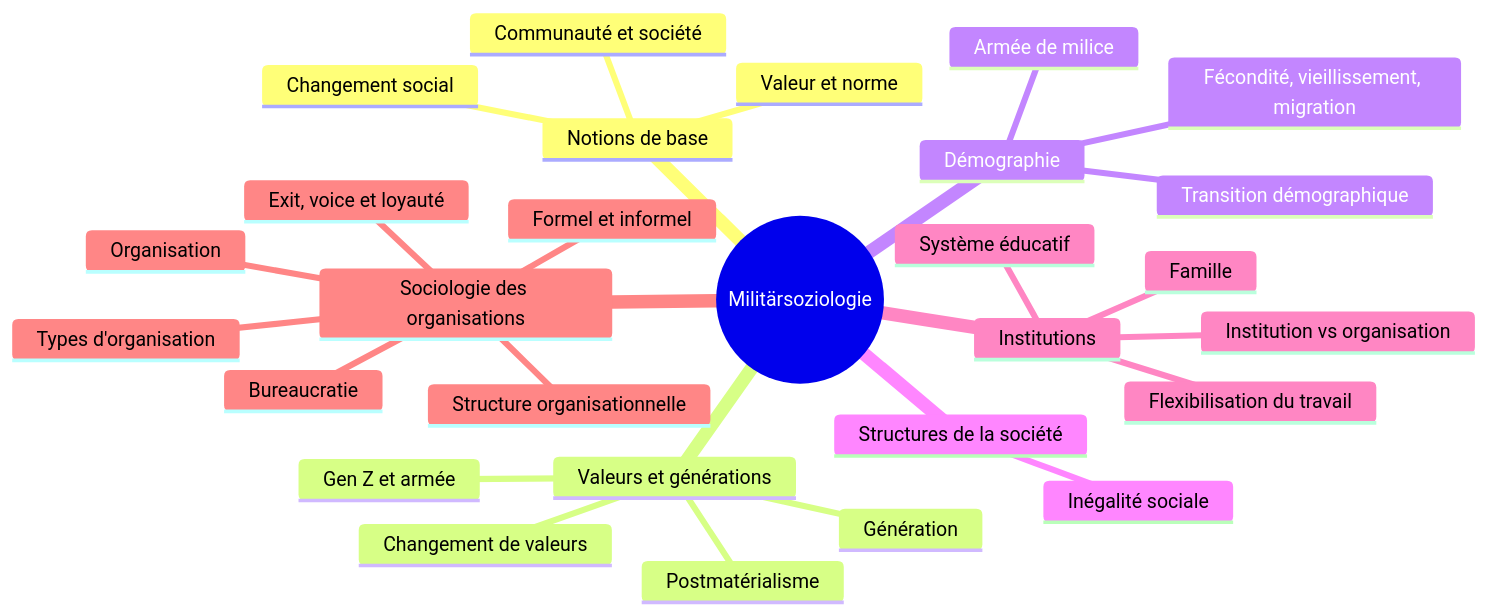
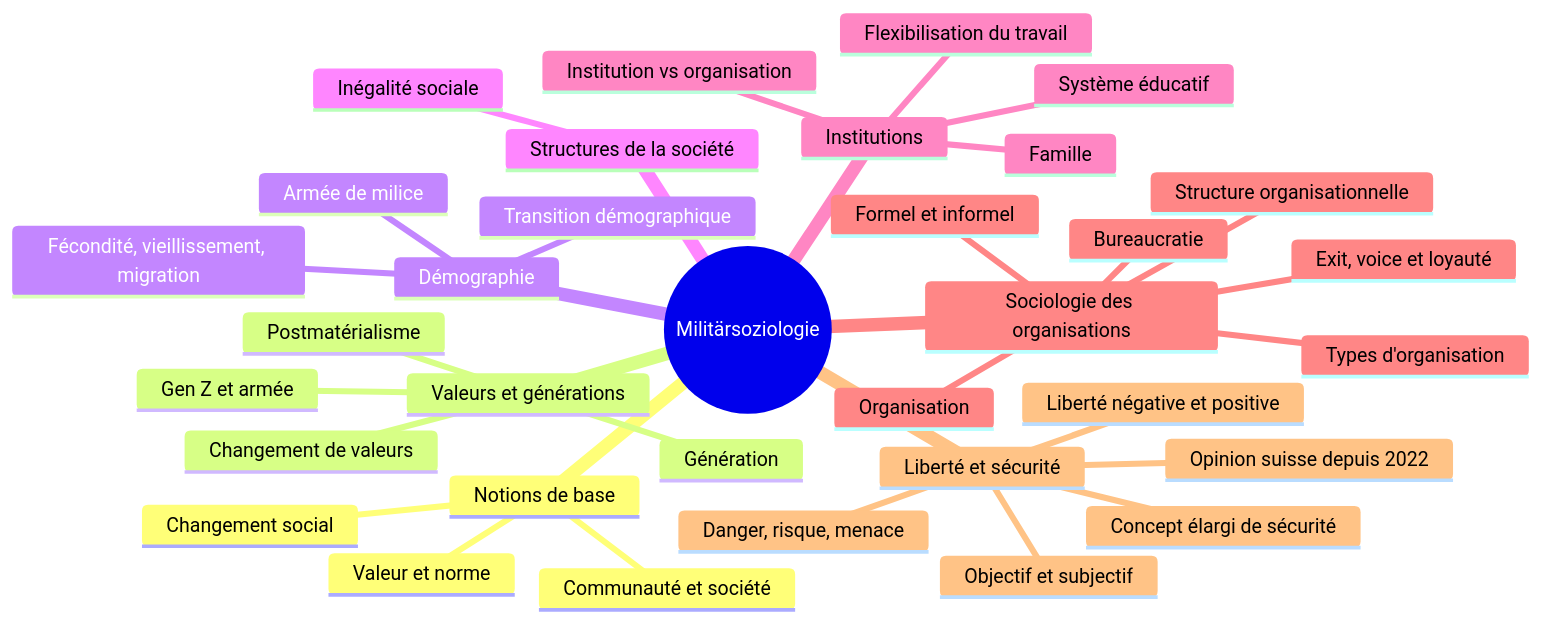
The diagram in NEXUS/09-Learning/Course-Maps/HS26 - Militärsoziologie.md (aidraxowl/NEXUS), drawn with Mermaid before and after one commit. The commit also changed other lines of this file and 45 other files, not shown here.

````diff
--- a/NEXUS/09-Learning/Course-Maps/HS26 - Militärsoziologie.md
+++ b/NEXUS/09-Learning/Course-Maps/HS26 - Militärsoziologie.md
@@ -21,31 +21,37 @@
 ```mermaid
 mindmap
   root((Militärsoziologie))
     Notions de base
       Valeur et norme
       Changement social
       Communauté et société
     Valeurs et générations
       Changement de valeurs
       Postmatérialisme
       Génération
       Gen Z et armée
     Démographie
       Transition démographique
       Fécondité, vieillissement, migration
       Armée de milice
     Structures de la société
       Inégalité sociale
     Institutions
       Institution vs organisation
       Famille
       Système éducatif
       Flexibilisation du travail
     Sociologie des organisations
       Organisation
       Types d'organisation
       Structure organisationnelle
       Bureaucratie
       Formel et informel
       Exit, voice et loyauté
+    Liberté et sécurité
+      Objectif et subjectif
+      Danger, risque, menace
+      Concept élargi de sécurité
+      Liberté négative et positive
+      Opinion suisse depuis 2022
 ```
````
